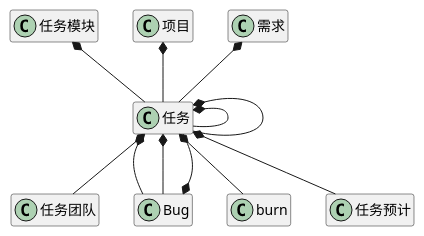
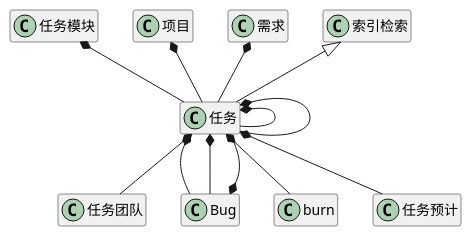
The first of 15 diagrams in ibizpms-docs/src/main/doc/v1/module/zentao/Task_old.md (zj335841911/nt_chandao), drawn with PlantUML before and after one commit. The commit also changed 7 other files, not shown here.

```diff
--- a/ibizpms-docs/src/main/doc/v1/module/zentao/Task_old.md
+++ b/ibizpms-docs/src/main/doc/v1/module/zentao/Task_old.md
@@ -6,14 +6,15 @@
 {% plantuml %}
 任务 *-- 任务团队 
 任务 *-- Bug 
 任务 *-- Bug 
 任务 *-- burn 
 任务 *-- 任务预计 
 任务 *-- 任务 
 任务模块 *-- 任务 
 Bug *-- 任务 
 项目 *-- 任务 
 需求 *-- 任务 
 任务 *-- 任务 
+索引检索 <|-- 任务 
 hide members
 {% endplantuml %}
```
